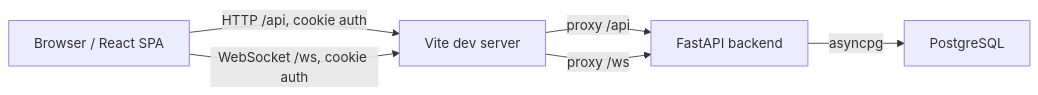
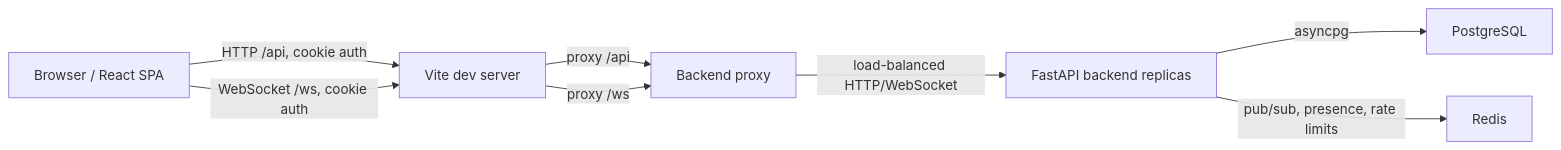
The diagram in docs/system-overview.md (JBoss925/LiveBoard), drawn with Mermaid before and after one commit. The commit also changed other lines of this file and 18 other files, not shown here.

````diff
--- a/docs/system-overview.md
+++ b/docs/system-overview.md
@@ -47,13 +47,17 @@
 ```mermaid
 flowchart LR
   Browser["Browser / React SPA"]
   Vite["Vite dev server"]
-  API["FastAPI backend"]
+  Proxy["Backend proxy"]
+  API["FastAPI backend replicas"]
   DB["PostgreSQL"]
+  Redis["Redis"]
 
   Browser -->|"HTTP /api, cookie auth"| Vite
   Browser -->|"WebSocket /ws, cookie auth"| Vite
-  Vite -->|"proxy /api"| API
-  Vite -->|"proxy /ws"| API
+  Vite -->|"proxy /api"| Proxy
+  Vite -->|"proxy /ws"| Proxy
+  Proxy -->|"load-balanced HTTP/WebSocket"| API
   API -->|"asyncpg"| DB
+  API -->|"pub/sub, presence, rate limits"| Redis
 ```
````
